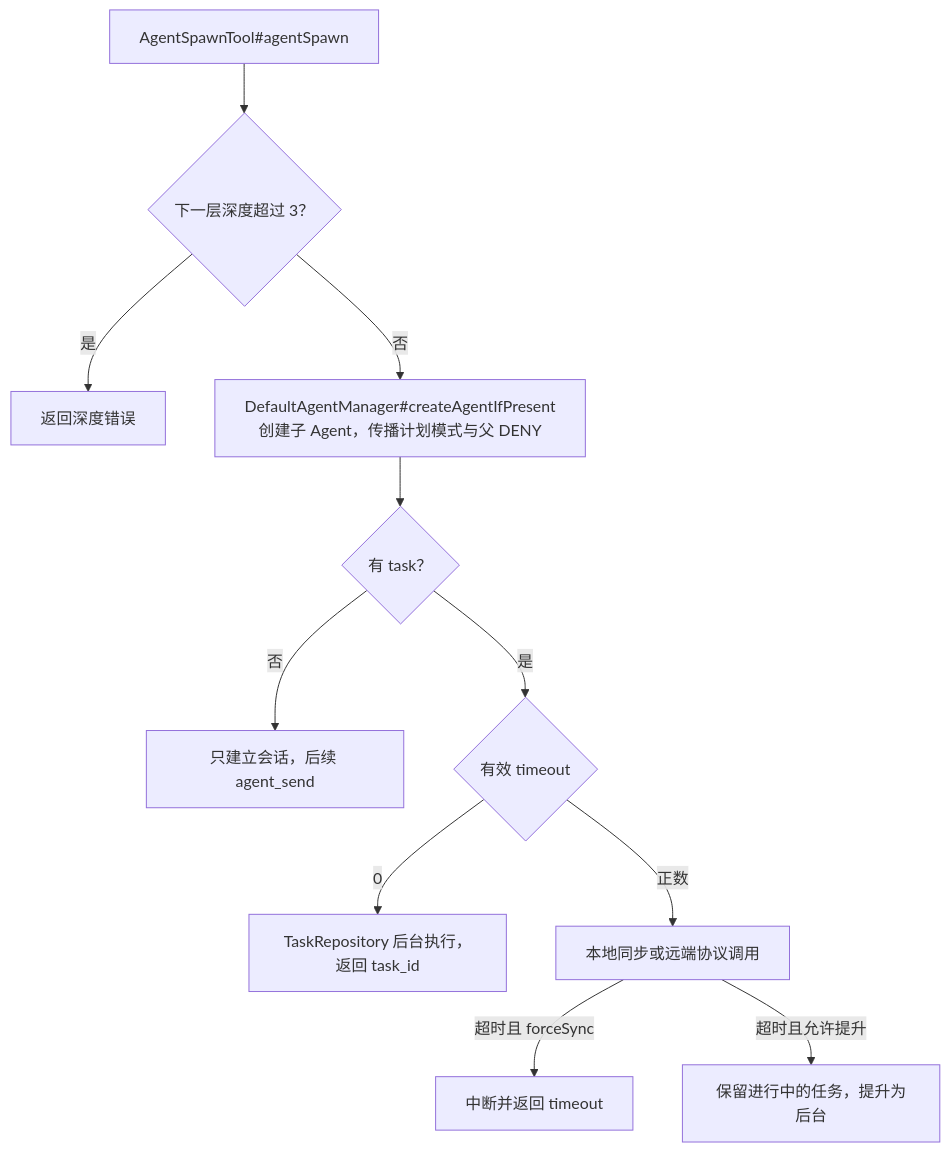
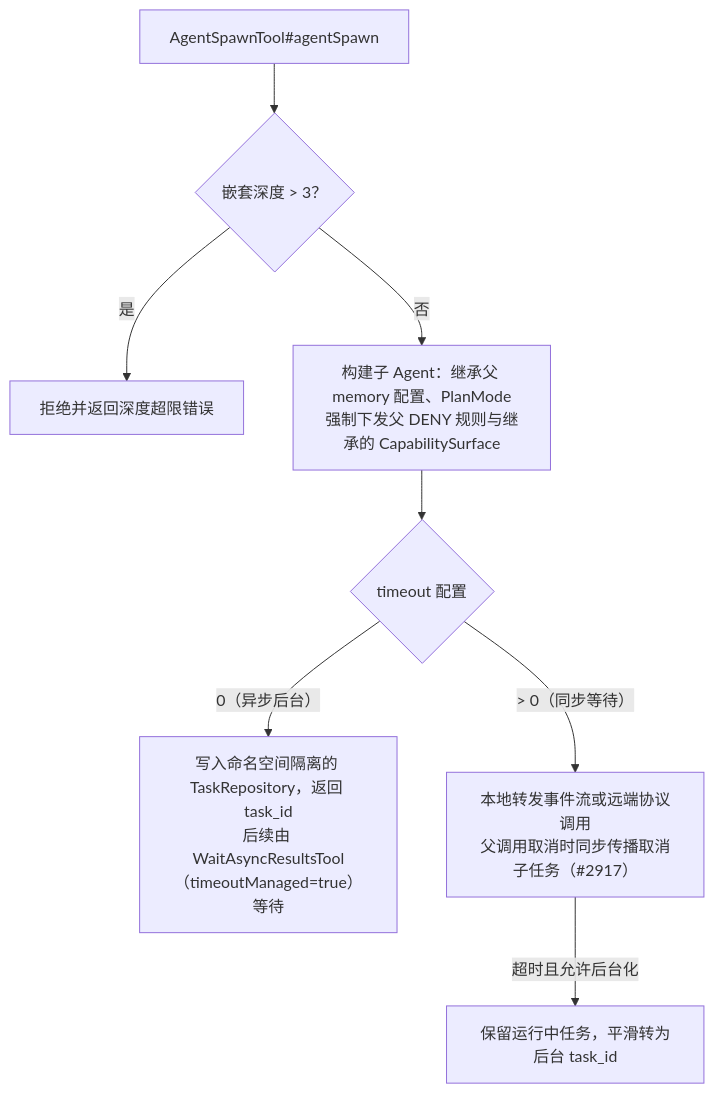
The third of 4 diagrams in 07-Harness工程化外壳.md (liulangjietou/AgentScope-source-analysis), drawn with Mermaid before and after one commit. The commit also changed other lines of this file and 14 other files, not shown here.

````diff
--- a/07-Harness工程化外壳.md
+++ b/07-Harness工程化外壳.md
@@ -82,13 +85,10 @@
 ```mermaid
 flowchart TB
-    SP["AgentSpawnTool#agentSpawn"] --> DEP{"下一层深度超过 3？"}
-    DEP -->|"是"| ERR["返回深度错误"]
-    DEP -->|"否"| CREATE["DefaultAgentManager#createAgentIfPresent<br/>创建子 Agent，传播计划模式与父 DENY"]
-    CREATE --> TASK{"有 task？"}
-    TASK -->|"否"| ACCEPT["只建立会话，后续 agent_send"]
-    TASK -->|"是"| TIME{"有效 timeout"}
-    TIME -->|"0"| BG["TaskRepository 后台执行，返回 task_id"]
-    TIME -->|"正数"| SYNC["本地同步或远端协议调用"]
-    SYNC -->|"超时且 forceSync"| STOP["中断并返回 timeout"]
-    SYNC -->|"超时且允许提升"| PROMOTE["保留进行中的任务，提升为后台"]
+    SP["AgentSpawnTool#agentSpawn"] --> DEP{"嵌套深度 > 3？"}
+    DEP -->|"是"| ERR["拒绝并返回深度超限错误"]
+    DEP -->|"否"| CREATE["构建子 Agent：继承父 memory 配置、PlanMode<br/>强制下发父 DENY 规则与继承的 CapabilitySurface"]
+    CREATE --> TIME{"timeout 配置"}
+    TIME -->|"0（异步后台）"| BG["写入命名空间隔离的 TaskRepository，返回 task_id<br/>后续由 WaitAsyncResultsTool（timeoutManaged=true）等待"]
+    TIME -->|"> 0（同步等待）"| SYNC["本地转发事件流或远端协议调用<br/>父调用取消时同步传播取消子任务（#2917）"]
+    SYNC -->|"超时且允许后台化"| PROMOTE["保留运行中任务，平滑转为后台 task_id"]
 ```
````
